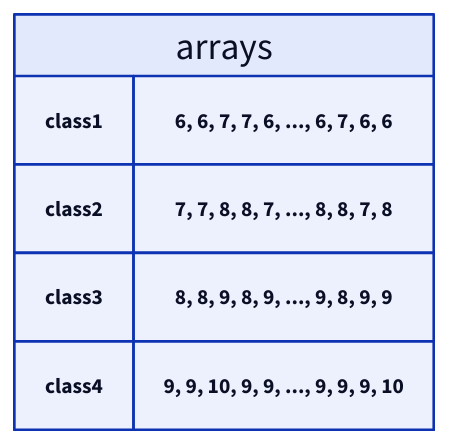
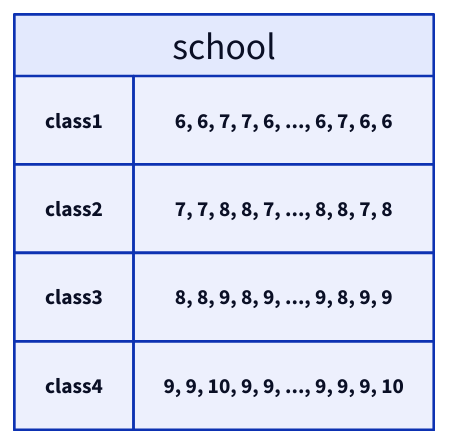
One commit to ani2fun/codefolio changed the first of 50 diagrams in content/cortex/data-structures-and-algorithms/01-data-structures/01-arrays/02-multidimensional.md. Above: the diagram before and after it, drawn with D2. The commit also changed other lines of this file and 352 other files, not shown here.

First line of the commit message:
Architectural deepening: pipelines, content, icons, AsyncResult

````diff
--- a/content/cortex/data-structures-and-algorithms/01-data-structures/01-arrays/02-multidimensional.md
+++ b/content/cortex/data-structures-and-algorithms/01-data-structures/01-arrays/02-multidimensional.md
@@ -39,15 +37,15 @@
 ```d2
-arrays: {
+school: {
   grid-rows: 4
   grid-columns: 2
   grid-gap: 0
   l1: "class1"
   v1: "6, 6, 7, 7, 6, ..., 6, 7, 6, 6"
   l2: "class2"
   v2: "7, 7, 8, 8, 7, ..., 8, 8, 7, 8"
   l3: "class3"
   v3: "8, 8, 9, 8, 9, ..., 9, 8, 9, 9"
   l4: "class4"
   v4: "9, 9, 10, 9, 9, ..., 9, 9, 9, 10"
 }
 ```
````
